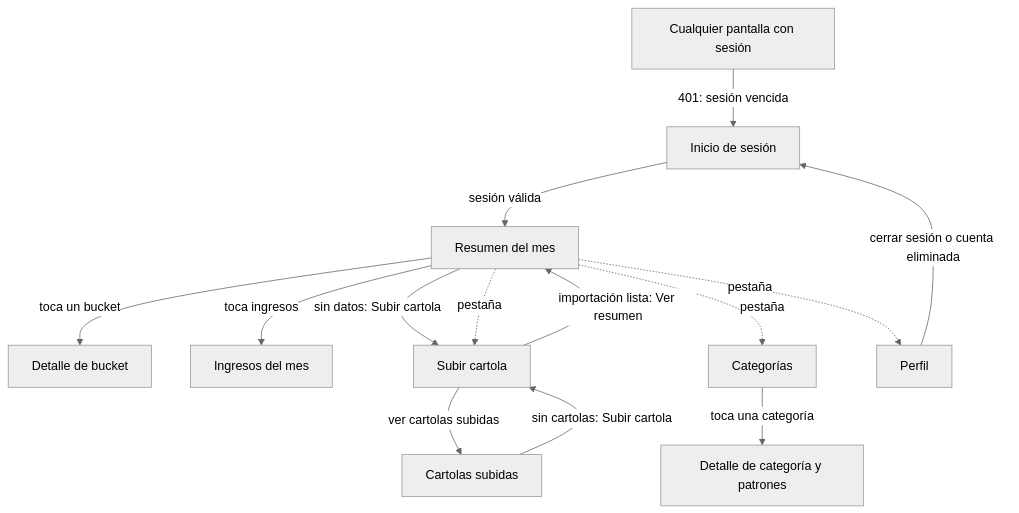
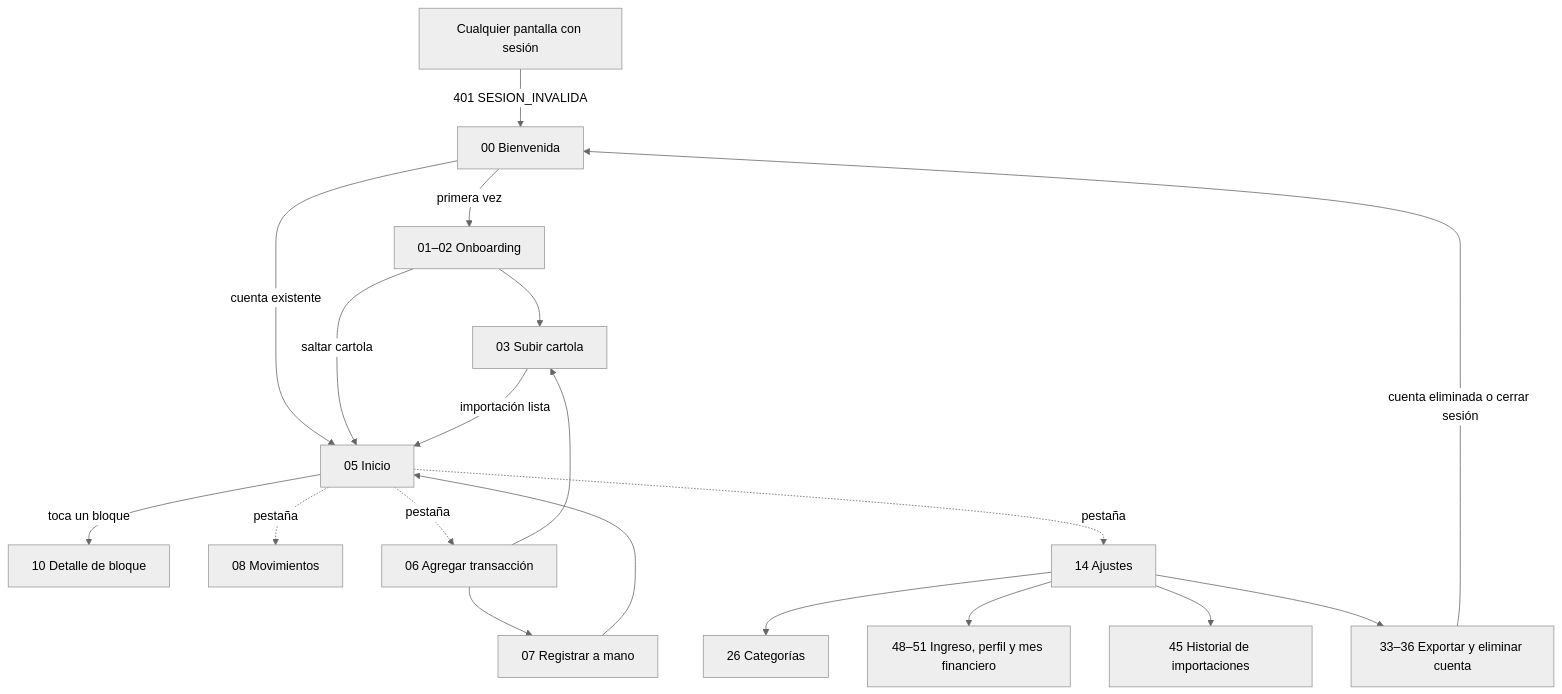
The diagram in docs/catalogo/README.md (Juargo/mirach), drawn with Mermaid (neutral theme) before and after one commit. The commit also changed other lines of this file and 20 other files, not shown here.

First line of the commit message:
docs(catalogo): reorganize the screen catalog by Figma flow

````diff
--- a/docs/catalogo/README.md
+++ b/docs/catalogo/README.md
@@ -24,26 +31,35 @@
 ```mermaid
 flowchart TD
-    sesion["Inicio de sesión"]
-    resumen["Resumen del mes"]
-    bucket["Detalle de bucket"]
-    ingresos["Ingresos del mes"]
-    subir["Subir cartola"]
-    cartolas["Cartolas subidas"]
-    categorias["Categorías"]
-    catdetalle["Detalle de categoría y patrones"]
-    perfil["Perfil"]
+    bienvenida["00 Bienvenida"]
+    onboarding["01–02 Onboarding"]
+    inicio["05 Inicio"]
+    bloque["10 Detalle de bloque"]
+    movimientos["08 Movimientos"]
+    agregar["06 Agregar transacción"]
+    subir["03 Subir cartola"]
+    manual["07 Registrar a mano"]
+    ajustes["14 Ajustes"]
+    categorias["26 Categorías"]
+    perfil["48–51 Ingreso, perfil y mes financiero"]
+    importaciones["45 Historial de importaciones"]
+    cuenta["33–36 Exportar y eliminar cuenta"]
 
-    sesion -->|"sesión válida"| resumen
-    resumen -->|"toca un bucket"| bucket
-    resumen -->|"toca ingresos"| ingresos
-    resumen -->|"sin datos: Subir cartola"| subir
-    subir -->|"ver cartolas subidas"| cartolas
-    subir -->|"importación lista: Ver resumen"| resumen
-    cartolas -->|"sin cartolas: Subir cartola"| subir
-    categorias -->|"toca una categoría"| catdetalle
-    perfil -->|"cerrar sesión o cuenta eliminada"| sesion
-    resumen -. "pestaña" .-> subir
-    resumen -. "pestaña" .-> categorias
-    resumen -. "pestaña" .-> perfil
-    any["Cualquier pantalla con sesión"] -->|"401: sesión vencida"| sesion
+    bienvenida -->|"primera vez"| onboarding
+    bienvenida -->|"cuenta existente"| inicio
+    onboarding --> subir
+    onboarding -->|"saltar cartola"| inicio
+    inicio -->|"toca un bloque"| bloque
+    agregar --> subir
+    agregar --> manual
+    subir -->|"importación lista"| inicio
+    manual --> inicio
+    ajustes --> categorias
+    ajustes --> perfil
+    ajustes --> importaciones
+    ajustes --> cuenta
+    cuenta -->|"cuenta eliminada o cerrar sesión"| bienvenida
+    inicio -. "pestaña" .-> movimientos
+    inicio -. "pestaña" .-> agregar
+    inicio -. "pestaña" .-> ajustes
+    any["Cualquier pantalla con sesión"] -->|"401 SESION_INVALIDA"| bienvenida
 ```
````
